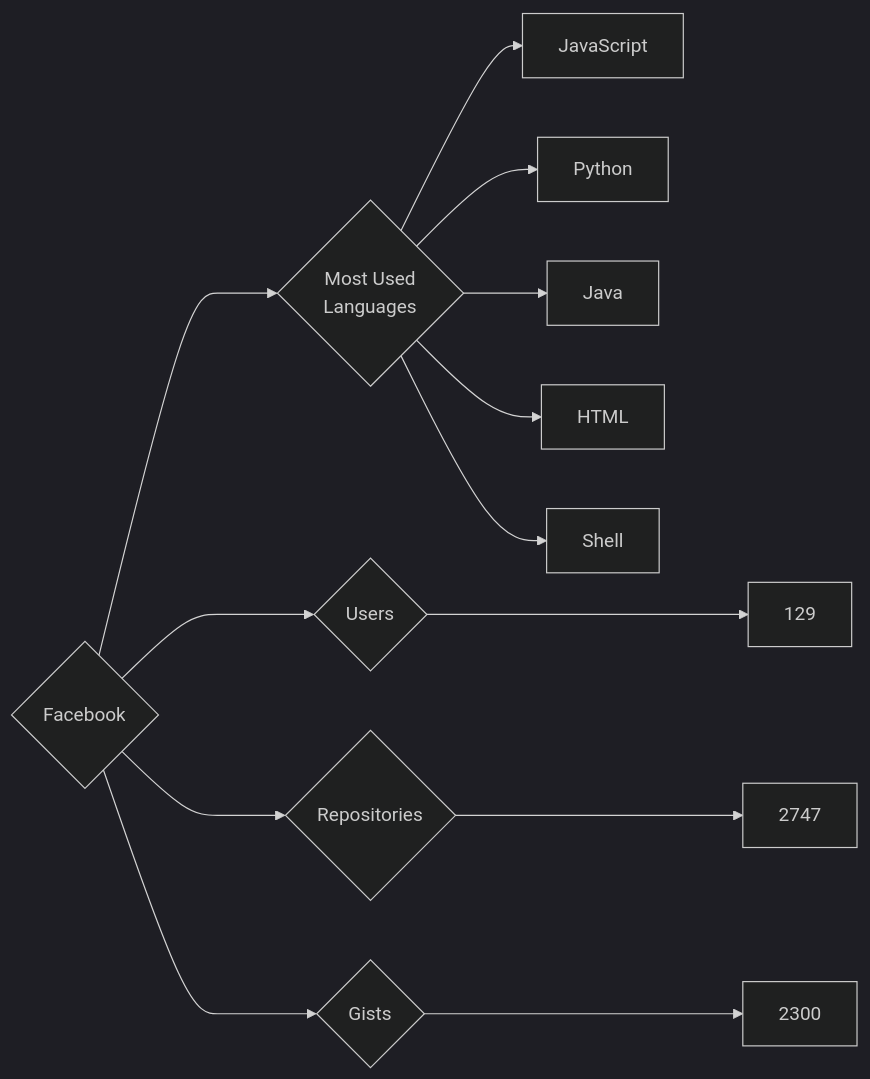
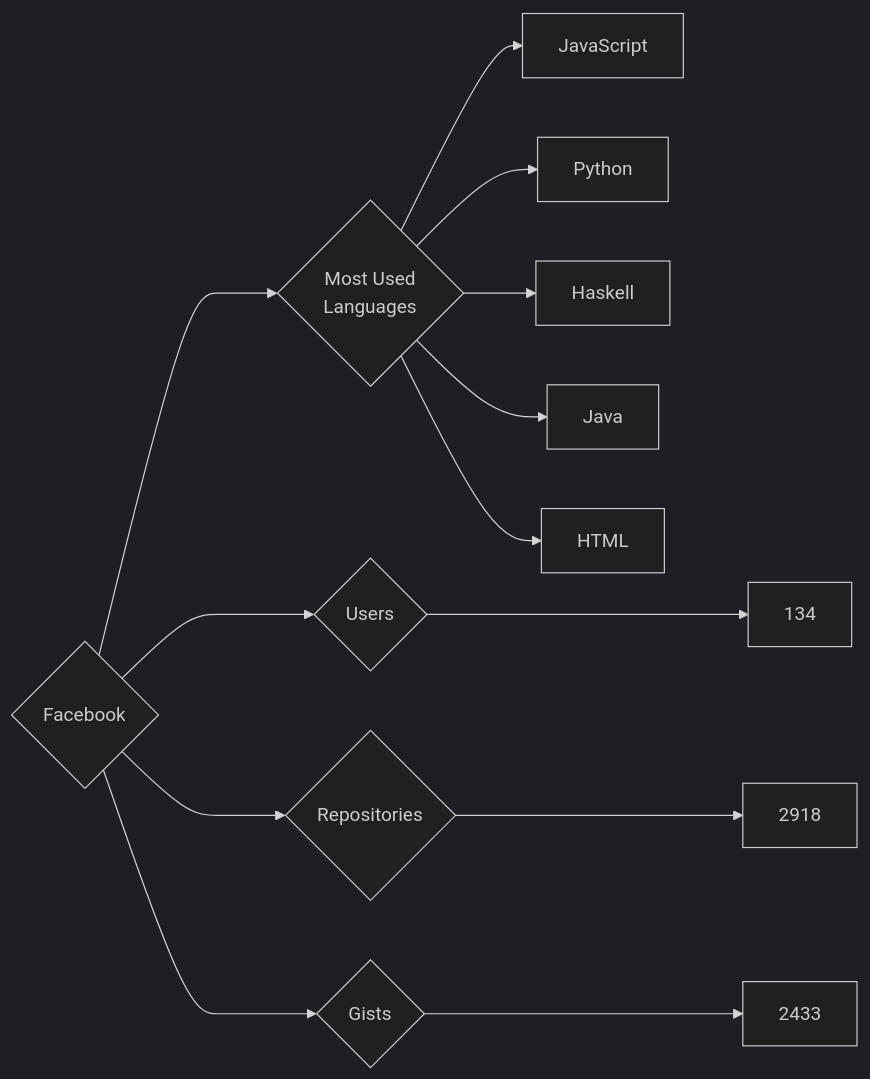
One commit to trickest/insiders changed the diagram in targets/Facebook/README.md. Above: the diagram before and after it, drawn with Mermaid (dark theme). The commit also changed 847 other files, not shown here.

````diff
--- a/targets/Facebook/README.md
+++ b/targets/Facebook/README.md
@@ -3,13 +3,13 @@
 ```mermaid
 graph LR
 COMPANY_NAME{Facebook}
-COMPANY_NAME ---> U{Users} ---> UN[129]
-COMPANY_NAME ---> R{Repositories} ---> RN[2747]
-COMPANY_NAME ---> G{Gists} ---> GN[2300]
+COMPANY_NAME ---> U{Users} ---> UN[134]
+COMPANY_NAME ---> R{Repositories} ---> RN[2918]
+COMPANY_NAME ---> G{Gists} ---> GN[2433]
 COMPANY_NAME ---> ML{Most Used<br>Languages}
 ML --> JavaScript[JavaScript]
 ML --> Python[Python]
+ML --> Haskell[Haskell]
 ML --> Java[Java]
 ML --> HTML[HTML]
-ML --> Shell[Shell]
 ```
````
